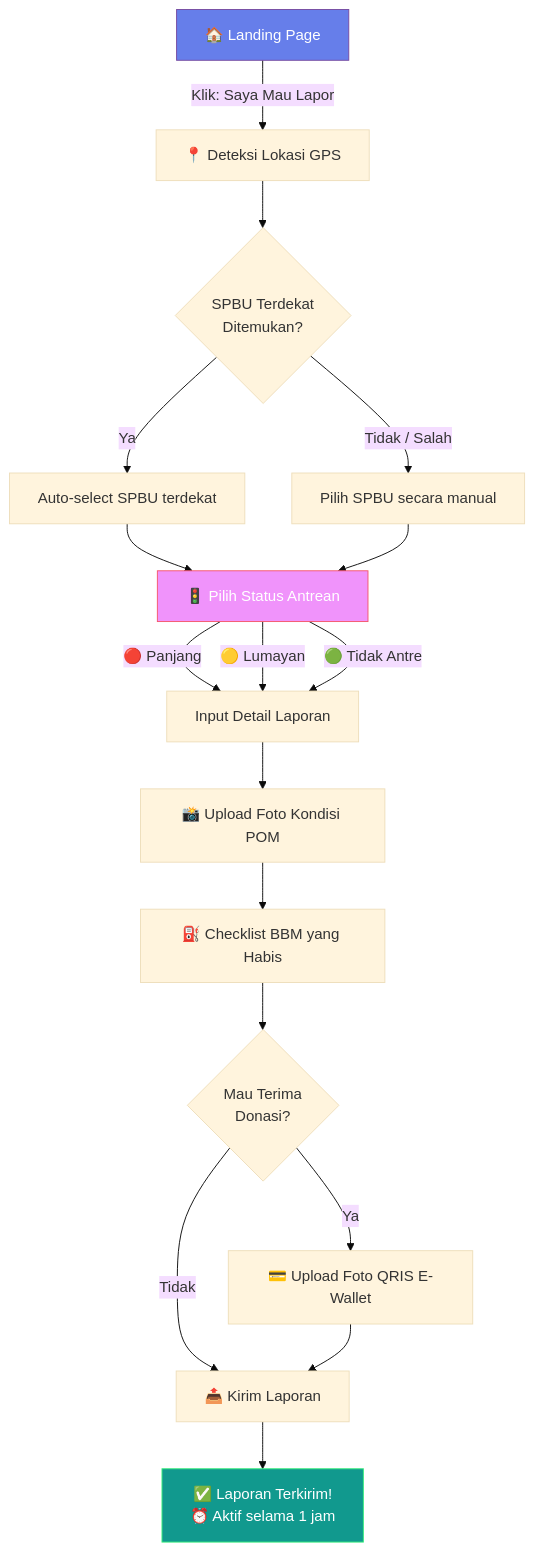
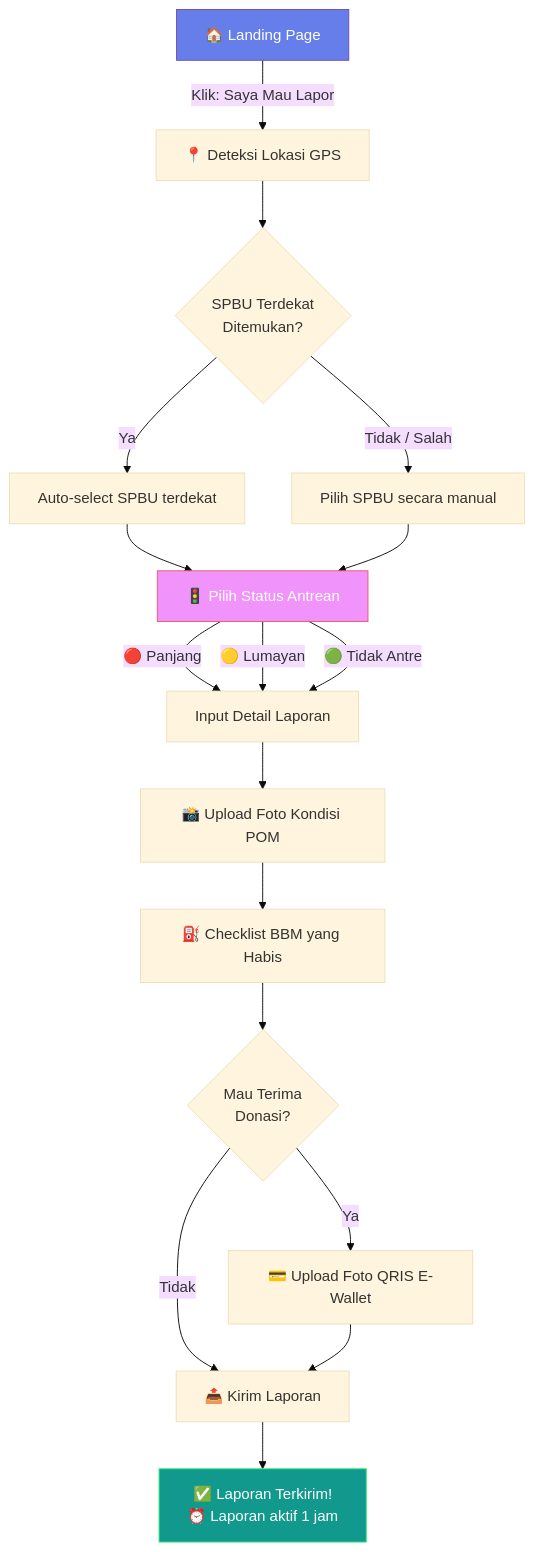
Before and after one commit to RayhanDitaAdam/StockBBM: the third of 6 diagrams in README.md, drawn with Mermaid (base theme). The commit also changed other lines of this file, not shown here.

````diff
--- a/README.md
+++ b/README.md
@@ -143,23 +143,23 @@
 ```mermaid
 flowchart TD
     A["🏠 Landing Page"] -->|"Klik: Saya Mau Lapor"| B["📍 Deteksi Lokasi GPS"]
     B --> C{"SPBU Terdekat<br/>Ditemukan?"}
     C -->|"Ya"| D["Auto-select SPBU terdekat"]
     C -->|"Tidak / Salah"| E["Pilih SPBU secara manual"]
     D --> F["🚦 Pilih Status Antrean"]
     E --> F
     F -->|"🔴 Panjang"| G["Input Detail Laporan"]
     F -->|"🟡 Lumayan"| G
     F -->|"🟢 Tidak Antre"| G
     G --> H["📸 Upload Foto Kondisi POM"]
     H --> I["⛽ Checklist BBM yang Habis"]
     I --> J{"Mau Terima<br/>Donasi?"}
     J -->|"Ya"| K["💳 Upload Foto QRIS E-Wallet"]
     J -->|"Tidak"| L["📤 Kirim Laporan"]
     K --> L
-    L --> M["✅ Laporan Terkirim!<br/>⏰ Aktif selama 1 jam"]
+    L --> M["✅ Laporan Terkirim!<br/>⏰ Laporan aktif 1 jam"]
 
     style A fill:#667eea,stroke:#764ba2,color:#fff
     style M fill:#11998e,stroke:#38ef7d,color:#fff
     style F fill:#f093fb,stroke:#f5576c,color:#fff
 ```
````
